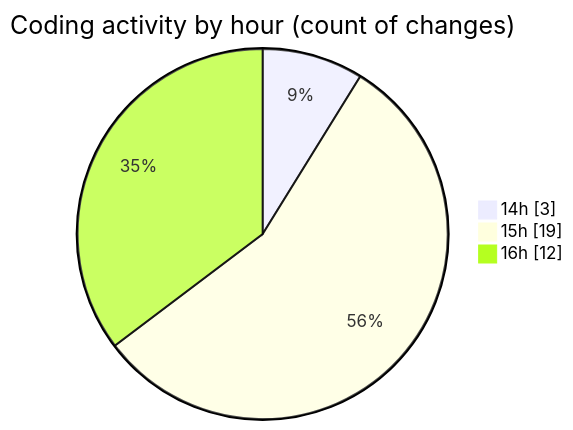
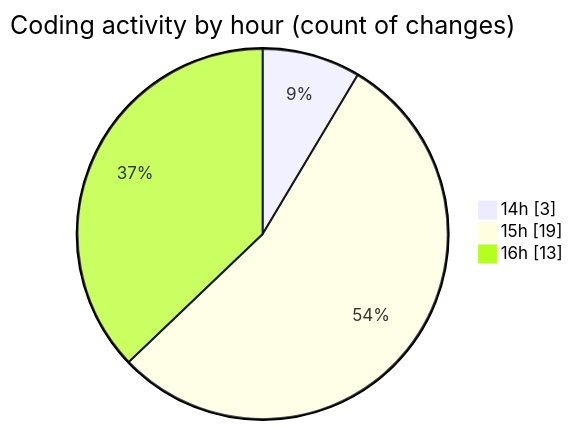
Before and after one commit to debugP/code-tracking: the second of 2 diagrams in 2025-10-02/untitled__workspace_/README.md, drawn with Mermaid. The commit also changed other lines of this file and 1 other file, not shown here.

````diff
--- a/2025-10-02/untitled__workspace_/README.md
+++ b/2025-10-02/untitled__workspace_/README.md
@@ -29,7 +29,7 @@
 ```mermaid
 pie showData
 title Coding activity by hour (count of changes)
 "14h" : 3
 "15h" : 19
-"16h" : 12
+"16h" : 13
 ```
````
